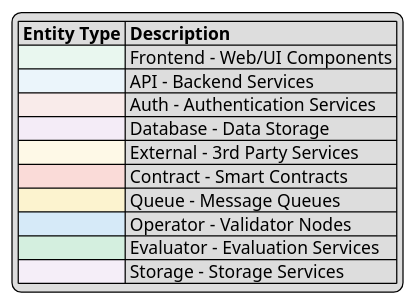
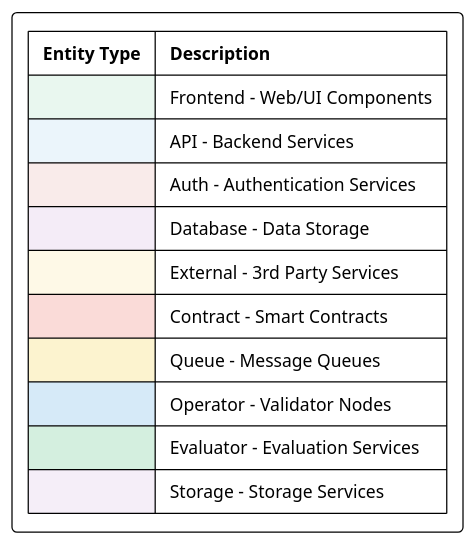
The diagram in plantuml-diagrams/common-style.puml (k-g-j/ll-sequence-diagrams), drawn with PlantUML before and after one commit. The commit also changed 19 other files, not shown here.

Commit message:
Enhance diagrams and website with professional styling and improved UX

```diff
--- a/plantuml-diagrams/common-style.puml
+++ b/plantuml-diagrams/common-style.puml
@@ -1,111 +1,180 @@
 @startuml common-style
 
 ' Common styling for all sequence diagrams in LayerLens
 ' Defines entity types with distinct shapes, colors and styles
 
 ' Basic styling
 skinparam monochrome false
 skinparam handwritten false
 skinparam shadowing false
-skinparam defaultFontName Arial
+skinparam defaultFontName "Arial"
+skinparam defaultTextAlignment center
 skinparam sequenceMessageAlign center
 skinparam linetype polyline
+skinparam maxMessageSize 250
+skinparam sequenceArrowThickness 1.2
+skinparam roundcorner 8
+skinparam padding 8
+skinparam noteBorderThickness 1
 
-' Define stereotype-based styling
+' Enhanced appearance
+skinparam backgroundColor white
+skinparam titleFontSize 16
+skinparam titleFontColor #303030
+skinparam titleFontStyle bold
+skinparam footerFontSize 10
+skinparam headerFontSize 10
+skinparam arrowColor #454545
+skinparam noteBackgroundColor #FFFFCC
+skinparam noteBorderColor #999999
+
+' Global participant style
+skinparam ParticipantPadding 15
+skinparam SequenceBoxPadding 10
+skinparam BoxPadding 10
+skinparam participantFontSize 13
+skinparam participantFontStyle bold
+skinparam sequenceStereotypeFontSize 11
+
+' Actor customization
+skinparam actor {
+  BorderColor #454545
+  BackgroundColor white
+  FontStyle bold
+}
+
+' Define stereotype-based styling with shapes
 
 ' Web/Frontend Components
 skinparam participant<<Frontend>> {
   BackgroundColor #E9F7EF
   BorderColor #27AE60
   BorderThickness 2
   FontStyle bold
+  StereotypeFontSize 10
 }
 
 ' Backend API Services
 skinparam participant<<API>> {
   BackgroundColor #EBF5FB
   BorderColor #3498DB
   BorderThickness 2
   FontStyle bold
+  StereotypeFontSize 10
 }
 
 ' Authentication Services
 skinparam participant<<Auth>> {
   BackgroundColor #F9EBEA
   BorderColor #E74C3C
   BorderThickness 2
   FontStyle bold
+  StereotypeFontSize 10
 }
 
 ' Database/Storage Services
 skinparam participant<<Database>> {
   BackgroundColor #F4ECF7
   BorderColor #8E44AD
   BorderThickness 2
   FontStyle bold
+  StereotypeFontSize 10
 }
 
 ' External 3rd Party Services
 skinparam participant<<External>> {
   BackgroundColor #FEF9E7
   BorderColor #F1C40F
   BorderThickness 2
   FontStyle bold
+  StereotypeFontSize 10
 }
 
 ' Smart Contracts
 skinparam participant<<Contract>> {
   BackgroundColor #FADBD8
   BorderColor #943126
   BorderThickness 2
   FontStyle bold
+  StereotypeFontSize 10
 }
 
 ' Message Queues
 skinparam participant<<Queue>> {
   BackgroundColor #FCF3CF
   BorderColor #B7950B
   BorderThickness 2
   FontStyle bold
+  StereotypeFontSize 10
 }
 
 ' Validator/Operator Nodes
 skinparam participant<<Operator>> {
   BackgroundColor #D6EAF8
   BorderColor #2E86C1
   BorderThickness 2
   FontStyle bold
+  StereotypeFontSize 10
 }
 
 ' Evaluation Services
 skinparam participant<<Evaluator>> {
   BackgroundColor #D4EFDF
   BorderColor #196F3D
   BorderThickness 2
   FontStyle bold
+  StereotypeFontSize 10
 }
 
 ' Storage Services (S3, etc)
 skinparam participant<<Storage>> {
   BackgroundColor #F5EEF8
   BorderColor #76448A
   BorderThickness 2
   FontStyle bold
+  StereotypeFontSize 10
 }
 
+' Note styling
+skinparam note {
+  BorderThickness 1
+  BackgroundColor #FFFFDD
+  BorderColor #999999
+}
+
+' Sequence specific styling
+skinparam sequence {
+  LifeLineBorderColor #CCCCCC
+  LifeLineBackgroundColor white
+  MessageAlignment center
+  ArrowFontSize 12
+  ArrowColor #454545
+  DividerBackgroundColor #EEEEEE
+  DividerBorderColor #CCCCCC
+  DividerBorderThickness 1
+  DividerFontStyle bold
+  GroupBackgroundColor #EEEEEE
+  GroupBorderColor #CCCCCC
+  GroupBorderThickness 1
+  GroupFontStyle bold
+}
+
+hide footbox
+hide unlinked
+
 ' Standard legend to include in diagrams
-legend
+legend right
   |= Entity Type |= Description |
   |<#E9F7EF>| Frontend - Web/UI Components |
   |<#EBF5FB>| API - Backend Services |
   |<#F9EBEA>| Auth - Authentication Services |
   |<#F4ECF7>| Database - Data Storage |
   |<#FEF9E7>| External - 3rd Party Services |
   |<#FADBD8>| Contract - Smart Contracts |
   |<#FCF3CF>| Queue - Message Queues |
   |<#D6EAF8>| Operator - Validator Nodes |
   |<#D4EFDF>| Evaluator - Evaluation Services |
   |<#F5EEF8>| Storage - Storage Services |
 endlegend
 
 @enduml
```
